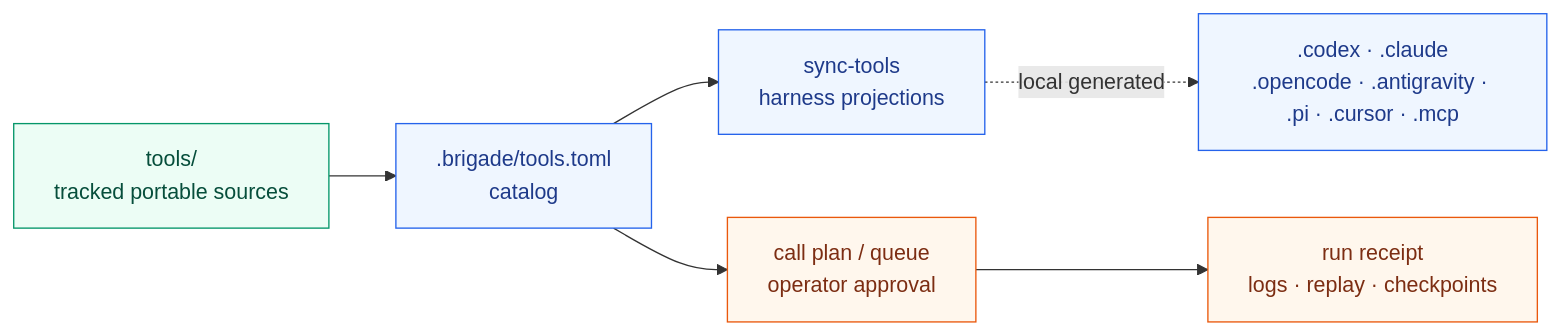
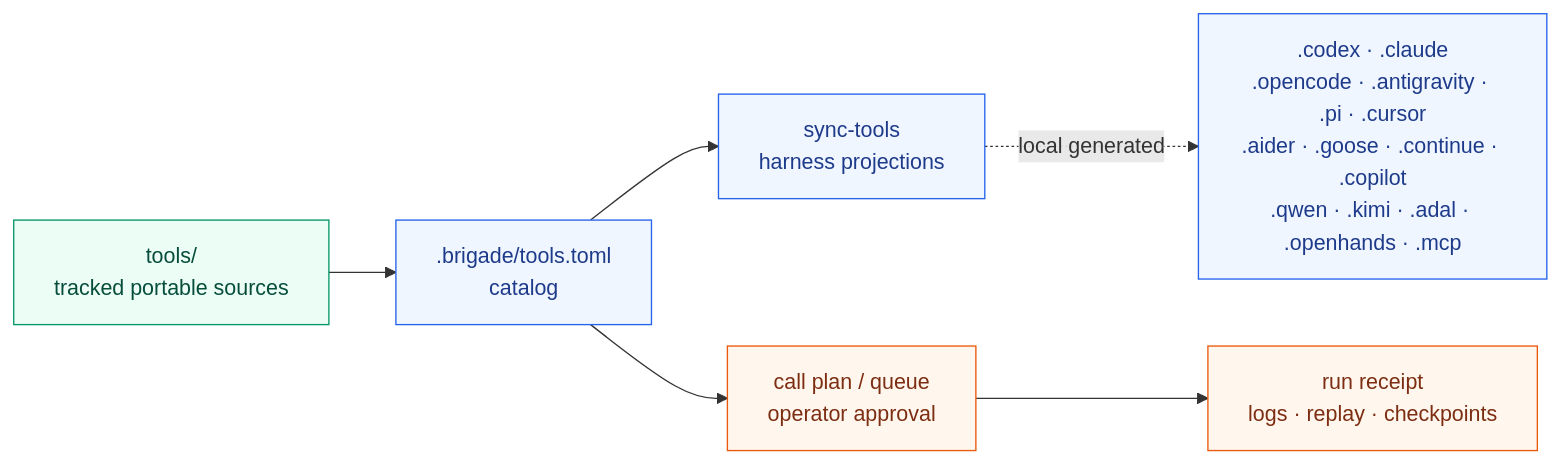
One commit to escoffier-labs/brigade changed the eighth of 13 diagrams in README.md. Above: the diagram before and after it, drawn with Mermaid. The commit also changed other lines of this file and 45 other files, not shown here.

````diff
--- a/README.md
+++ b/README.md
@@ -456,19 +472,19 @@
 ```mermaid
 flowchart LR
     SOURCE["tools/<br/>tracked portable sources"]
     CATALOG[".brigade/tools.toml<br/>catalog"]
     PROJECT["sync-tools<br/>harness projections"]
     APPROVAL["call plan / queue<br/>operator approval"]
     RUN["run receipt<br/>logs · replay · checkpoints"]
 
     SOURCE --> CATALOG --> PROJECT
     CATALOG --> APPROVAL --> RUN
-    PROJECT -. local generated .-> HARNESSES[".codex · .claude<br/>.opencode · .antigravity · .pi · .cursor · .mcp"]
+    PROJECT -. local generated .-> HARNESSES[".codex · .claude<br/>.opencode · .antigravity · .pi · .cursor<br/>.aider · .goose · .continue · .copilot<br/>.qwen · .kimi · .adal · .openhands · .mcp"]
 
     classDef source fill:#ecfdf5,stroke:#059669,color:#064e3b;
     classDef local fill:#eff6ff,stroke:#2563eb,color:#1e3a8a;
     classDef gate fill:#fff7ed,stroke:#ea580c,color:#7c2d12;
     class SOURCE source;
     class CATALOG,PROJECT,HARNESSES local;
     class APPROVAL,RUN gate;
 ```
````
